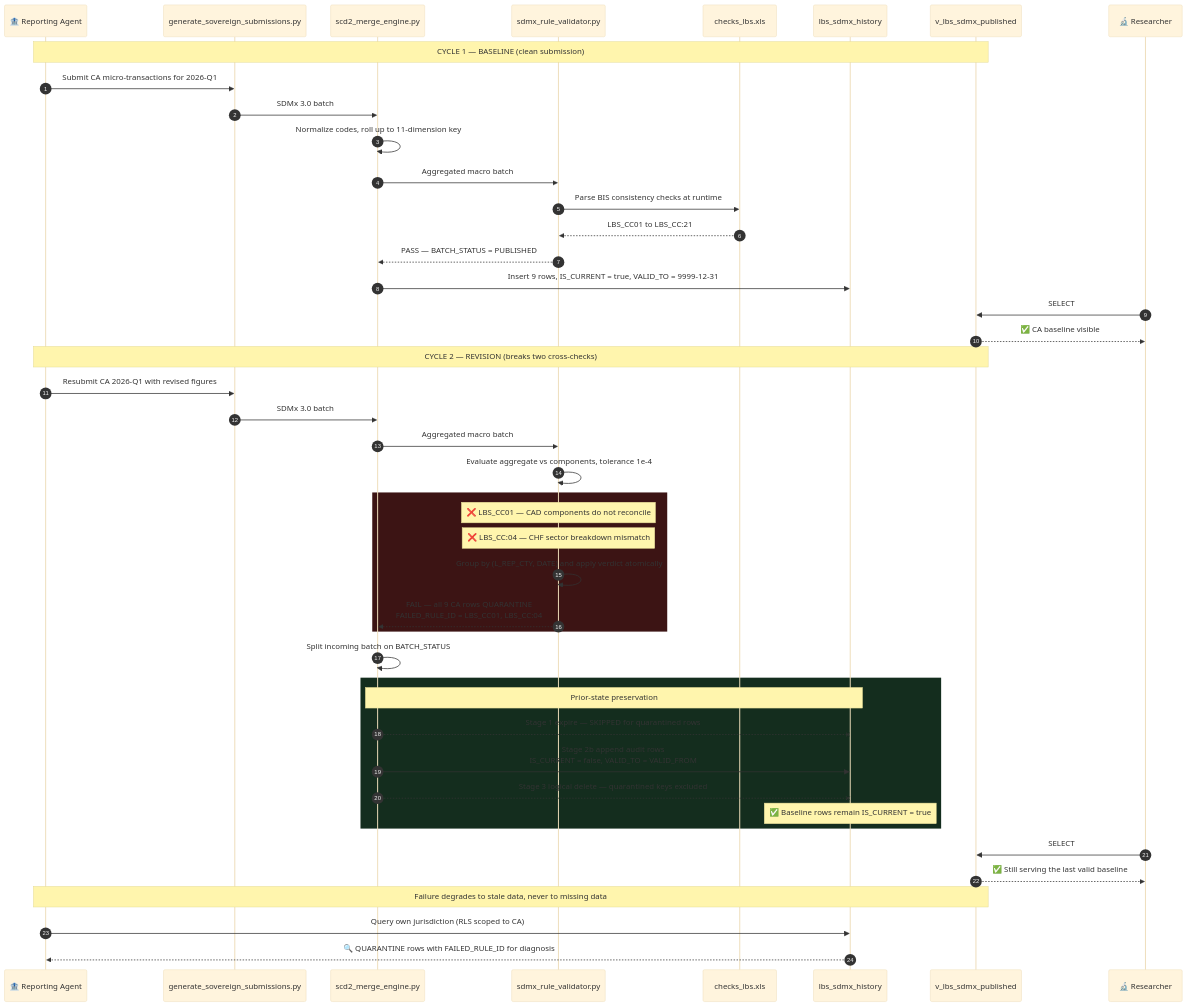
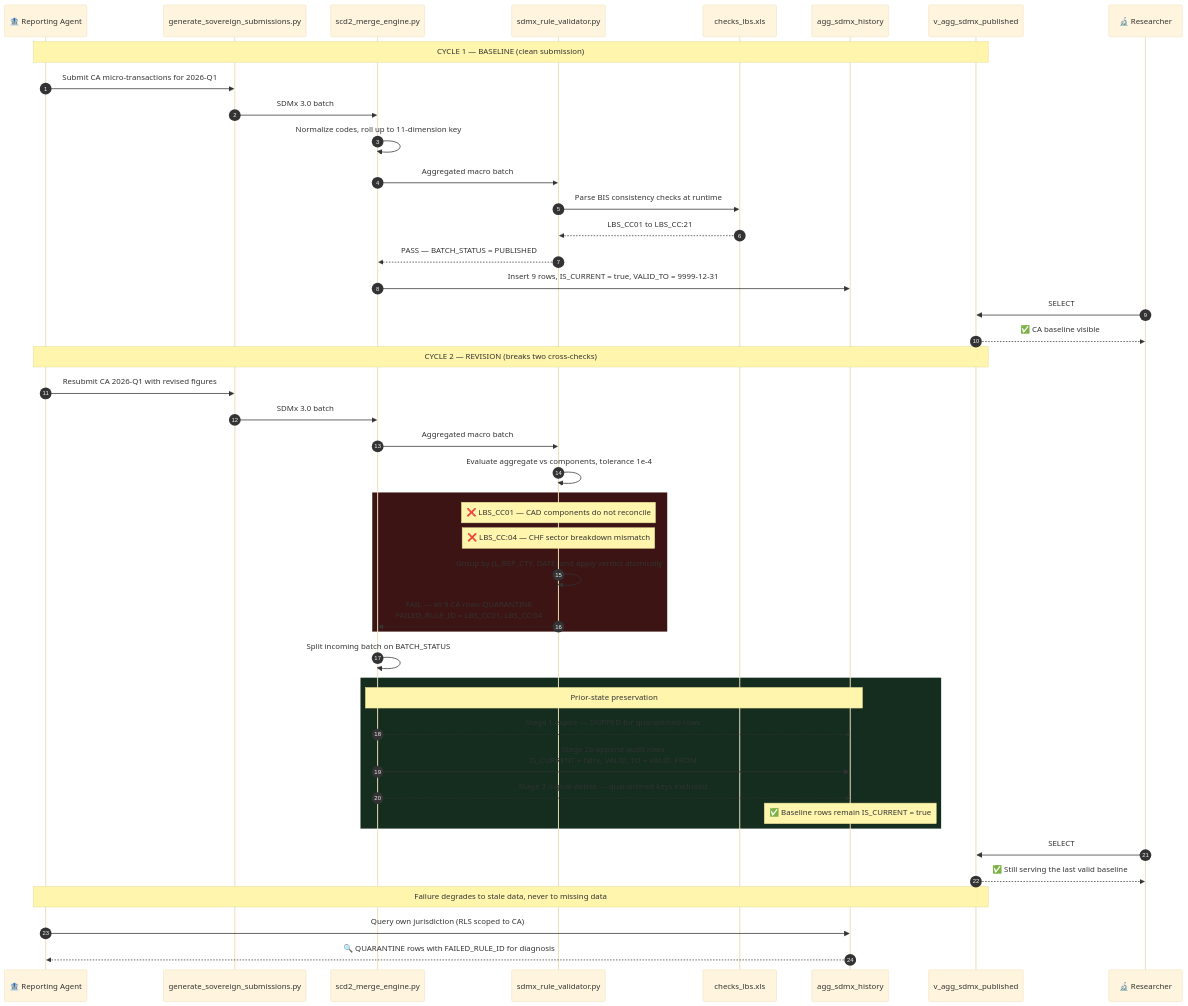
One commit to botlhale/sovereign-shield changed the third of 5 diagrams in docs/ARCHITECTURE_DIAGRAMS.md. Above: the diagram before and after it, drawn with Mermaid (base theme). The commit also changed other lines of this file and 40 other files, not shown here.

````diff
--- a/docs/ARCHITECTURE_DIAGRAMS.md
+++ b/docs/ARCHITECTURE_DIAGRAMS.md
@@ -191,57 +191,57 @@
 ```mermaid
 sequenceDiagram
     autonumber
     participant SUB as 🏦 Reporting Agent
     participant GEN as generate_sovereign_submissions.py
     participant ENG as scd2_merge_engine.py
     participant VAL as sdmx_rule_validator.py
     participant XLS as checks_lbs.xls
-    participant HIST as lbs_sdmx_history
-    participant VIEW as v_lbs_sdmx_published
+    participant HIST as agg_sdmx_history
+    participant VIEW as v_agg_sdmx_published
     participant RES as 🔬 Researcher
 
     Note over SUB,VIEW: CYCLE 1 — BASELINE (clean submission)
 
     SUB->>GEN: Submit CA micro-transactions for 2026-Q1
     GEN->>ENG: SDMx 3.0 batch
     ENG->>ENG: Normalize codes, roll up to 11-dimension key
     ENG->>VAL: Aggregated macro batch
     VAL->>XLS: Parse BIS consistency checks at runtime
     XLS-->>VAL: LBS_CC01 to LBS_CC:21
     VAL-->>ENG: PASS — BATCH_STATUS = PUBLISHED
     ENG->>HIST: Insert 9 rows, IS_CURRENT = true, VALID_TO = 9999-12-31
     RES->>VIEW: SELECT
     VIEW-->>RES: ✅ CA baseline visible
 
     Note over SUB,VIEW: CYCLE 2 — REVISION (breaks two cross-checks)
 
     SUB->>GEN: Resubmit CA 2026-Q1 with revised figures
     GEN->>ENG: SDMx 3.0 batch
     ENG->>VAL: Aggregated macro batch
     VAL->>VAL: Evaluate aggregate vs components, tolerance 1e-4
 
     rect rgb(60, 20, 20)
         Note over VAL: ❌ LBS_CC01 — CAD components do not reconcile
         Note over VAL: ❌ LBS_CC:04 — CHF sector breakdown mismatch
         VAL->>VAL: Group by (L_REP_CTY, DATE) and apply verdict atomically
         VAL-->>ENG: FAIL — all 9 CA rows QUARANTINE<br/>FAILED_RULE_ID = LBS_CC01, LBS_CC:04
     end
 
     ENG->>ENG: Split incoming batch on BATCH_STATUS
 
     rect rgb(20, 45, 30)
         Note over ENG,HIST: Prior-state preservation
         ENG--xHIST: Stage 1 expire — SKIPPED for quarantined rows
         ENG->>HIST: Stage 2b append audit rows<br/>IS_CURRENT = false, VALID_TO = VALID_FROM
         ENG--xHIST: Stage 3 logical delete — quarantined keys excluded
         Note over HIST: ✅ Baseline rows remain IS_CURRENT = true
     end
 
     RES->>VIEW: SELECT
     VIEW-->>RES: ✅ Still serving the last valid baseline
 
     Note over SUB,VIEW: Failure degrades to stale data, never to missing data
 
     SUB->>HIST: Query own jurisdiction (RLS scoped to CA)
     HIST-->>SUB: 🔍 QUARANTINE rows with FAILED_RULE_ID for diagnosis
 ```
````
